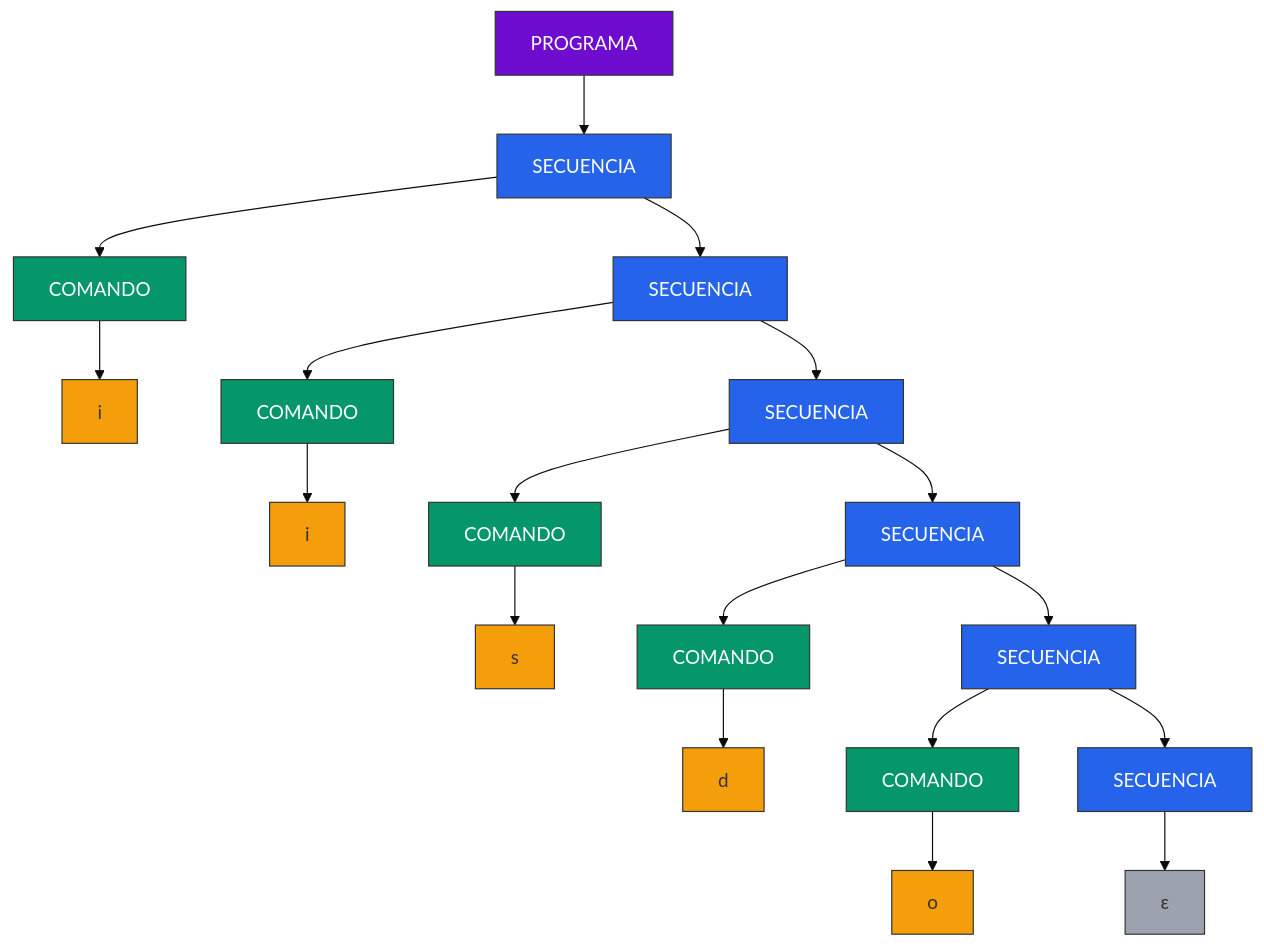
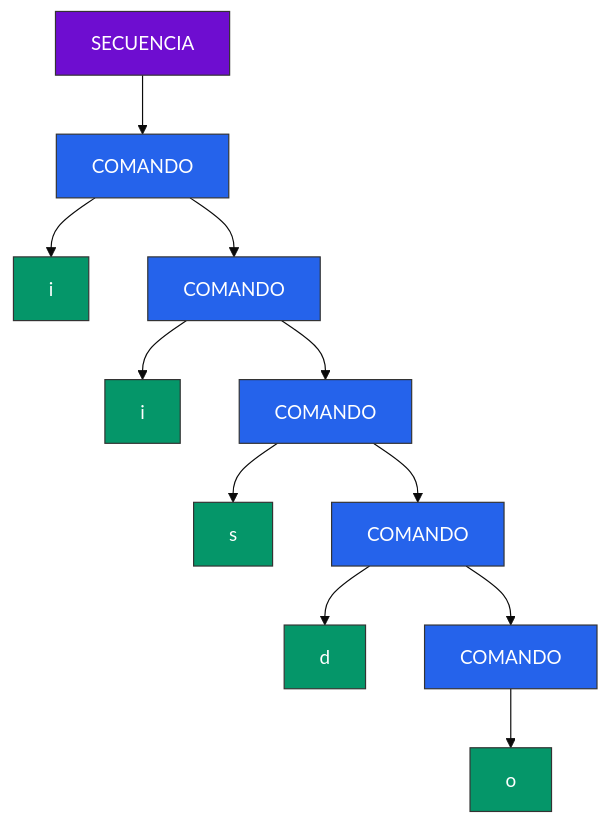
The diagram in TP4.md (jyturrieta/LP), drawn with Mermaid (base theme) before and after one commit. The commit also changed 1 other file, not shown here.

Commit message:
lambda eliminado

````diff
--- a/TP4.md
+++ b/TP4.md
@@ -9,22 +9,22 @@
 ```mermaid
 flowchart TD
     %% Configuración de estilos
     classDef program fill:#6e0dd0,stroke:#333,color:white
     classDef sequence fill:#2563eb,stroke:#333,color:white
     classDef command fill:#059669,stroke:#333,color:white
     classDef terminal fill:#f59e0b,stroke:#333
     classDef epsilon fill:#9ca3af,stroke:#333
 
     %% Árbol de parsing
-    A[PROGRAMA]:::program --> B[SECUENCIA]:::sequence
-    B --> C1[COMANDO]:::command --> T1["i"]:::terminal
-    B --> S1[SECUENCIA]:::sequence
-    S1 --> C2[COMANDO]:::command --> T2["i"]:::terminal
-    S1 --> S2[SECUENCIA]:::sequence
-    S2 --> C3[COMANDO]:::command --> T3["s"]:::terminal
-    S2 --> S3[SECUENCIA]:::sequence
-    S3 --> C4[COMANDO]:::command --> T4["d"]:::terminal
-    S3 --> S4[SECUENCIA]:::sequence
-    S4 --> C5[COMANDO]:::command --> T5["o"]:::terminal
-    S4 --> S5[SECUENCIA]:::sequence --> E[ε]:::epsilon
+    A[SECUENCIA]:::program --> B[COMANDO]:::sequence
+    B --> C1[i]:::command 
+    B --> S1[COMANDO]:::sequence
+    S1 --> C2[i]:::command 
+    S1 --> S2[COMANDO]:::sequence
+    S2 --> C3[s]:::command 
+    S2 --> S3[COMANDO]:::sequence
+    S3 --> C4[d]:::command 
+    S3 --> S4[COMANDO]:::sequence
+    S4 --> C5[o]:::command 
+   
 ```
````
